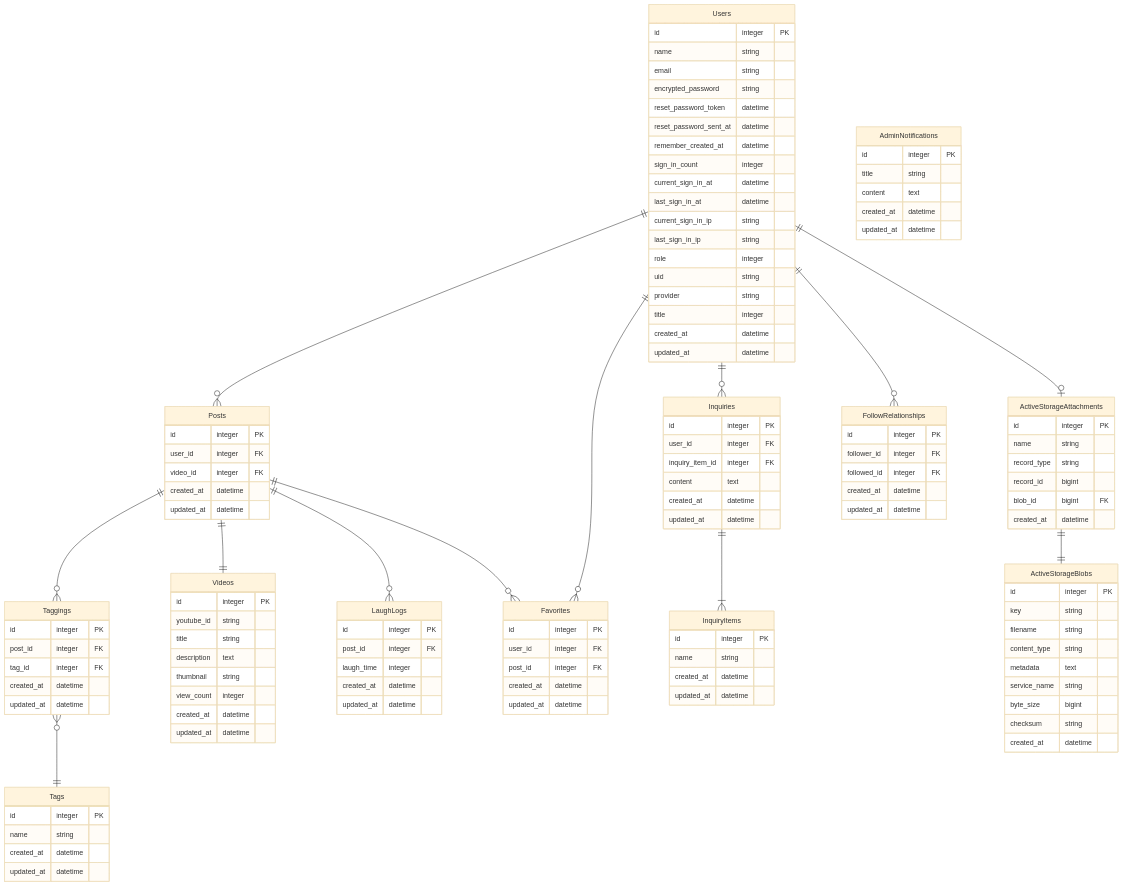
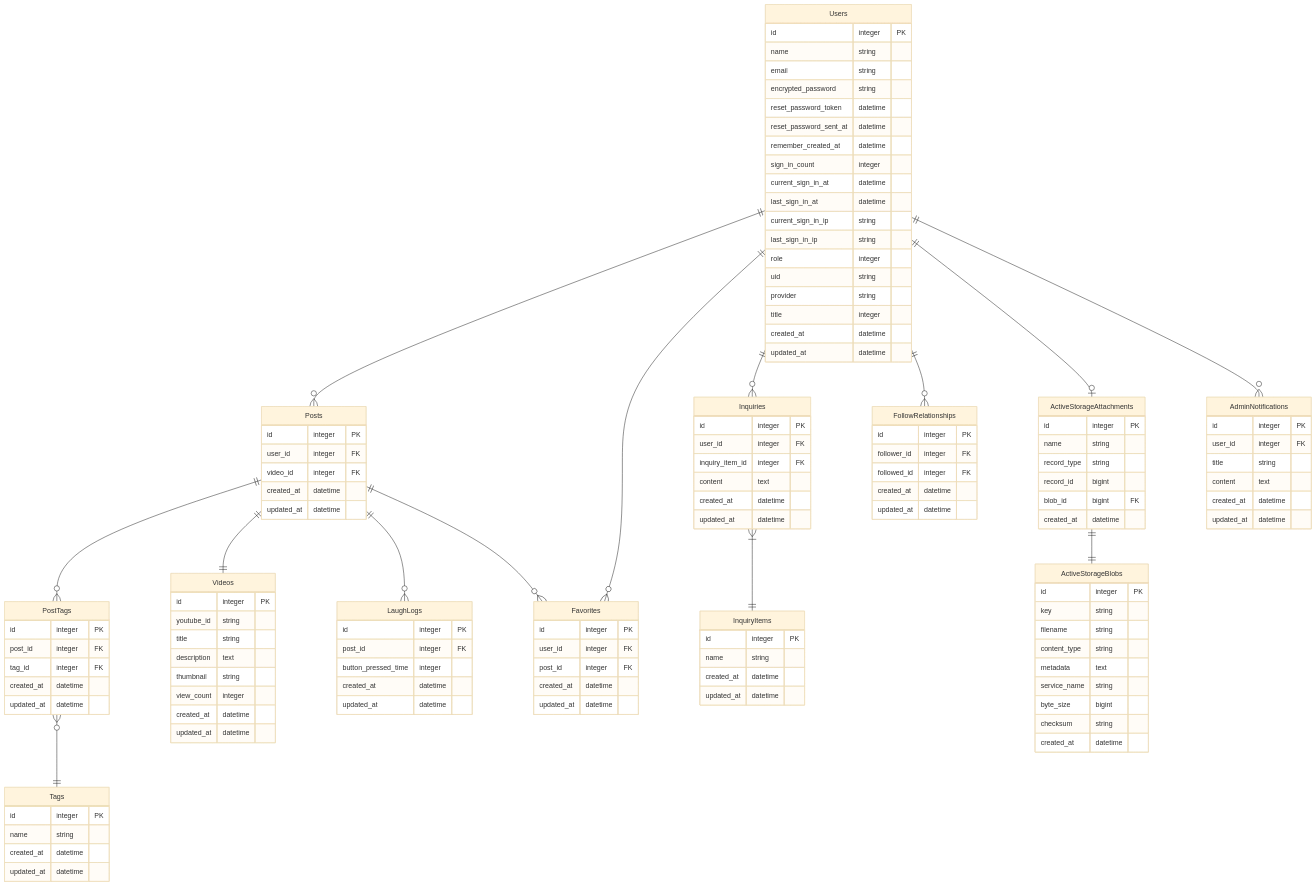
The diagram in README.md (y-takagiiii/netalog), drawn with Mermaid (base theme) before and after one commit. The commit also changed 1 other file, not shown here.

Commit message:
fix: ER図を修正
AdminNotificationsテーブルとUsersテーブルにアソシエーションを追加
TaggingsテーブルをPostTagsテーブルに変更
LaughLogsテーブルのlaugh_timeカラムをbutton_pressed_timeに変更

````diff
--- a/README.md
+++ b/README.md
@@ -58,17 +58,18 @@
 ```mermaid
 erDiagram
   Users ||--o{ Posts : ""
-  Posts ||--o{ Taggings : ""
-  Taggings }o--|| Tags : ""
+  Posts ||--o{ PostTags : ""
+  PostTags }o--|| Tags : ""
   Posts ||--|| Videos : ""
   Posts ||--o{ LaughLogs : ""
   Users ||--o{ Favorites : ""
   Posts ||--o{ Favorites : ""
   Users ||--o{ Inquiries : ""
-  Inquiries ||--|{ InquiryItems : ""
+  Inquiries }|--|| InquiryItems : ""
   Users ||--o{ FollowRelationships : ""
   Users ||--o| ActiveStorageAttachments : ""
   ActiveStorageAttachments ||--|| ActiveStorageBlobs : ""
+  Users ||--o{ AdminNotifications : ""
 
   Users {
     id integer PK
@@ -113,7 +114,7 @@
   LaughLogs {
     id integer PK
     post_id integer FK
-    laugh_time integer
+    button_pressed_time integer
     created_at datetime
     updated_at datetime
   }
@@ -125,7 +126,7 @@
     updated_at datetime
   }
 
-  Taggings {
+  PostTags {
     id integer PK
     post_id integer FK
     tag_id integer FK
@@ -172,6 +173,7 @@
 
   AdminNotifications {
     id integer PK
+    user_id integer FK
     title string
     content text
     created_at datetime
````
